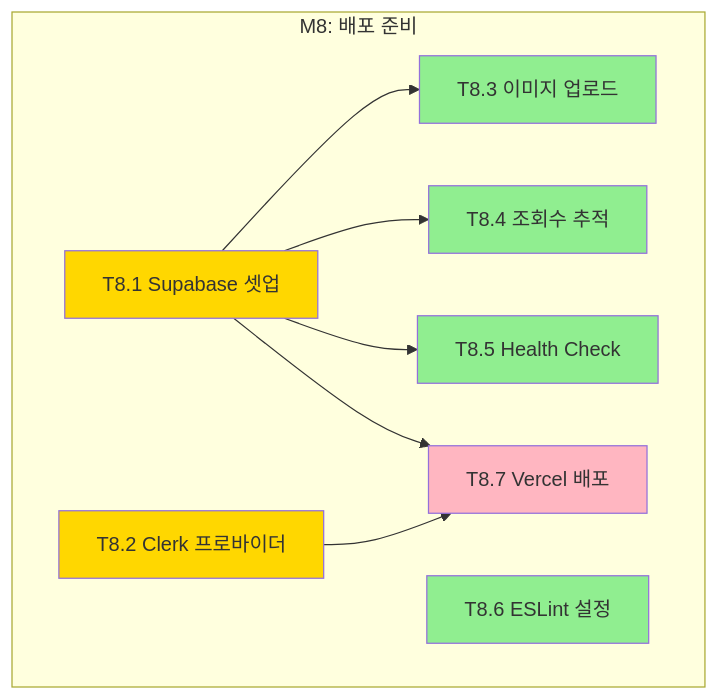
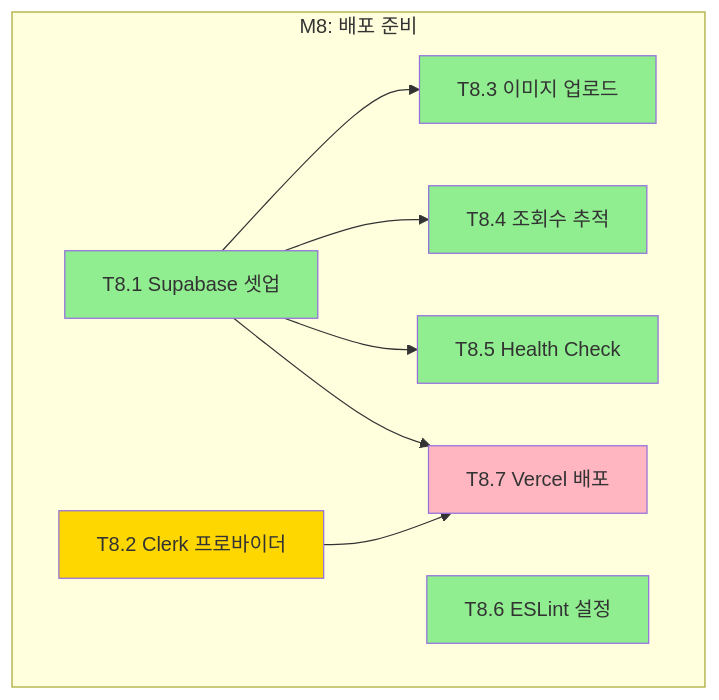
One commit to tjwns3481/stay-guide changed the second of 2 diagrams in docs/planning/06-tasks.md. Above: the diagram before and after it, drawn with Mermaid. The commit also changed other lines of this file, not shown here.

````diff
--- a/docs/planning/06-tasks.md
+++ b/docs/planning/06-tasks.md
@@ -1160,26 +1161,26 @@
 ```mermaid
 flowchart TD
     subgraph M8[M8: 배포 준비]
         T8.1[T8.1 Supabase 셋업]
         T8.2[T8.2 Clerk 프로바이더]
         T8.3[T8.3 이미지 업로드]
         T8.4[T8.4 조회수 추적]
         T8.5[T8.5 Health Check]
         T8.6[T8.6 ESLint 설정]
         T8.7[T8.7 Vercel 배포]
     end
 
     T8.1 --> T8.3
     T8.1 --> T8.4
     T8.1 --> T8.5
     T8.1 --> T8.7
     T8.2 --> T8.7
 
-    style T8.1 fill:#FFD700
+    style T8.1 fill:#90EE90
     style T8.2 fill:#FFD700
     style T8.3 fill:#90EE90
     style T8.4 fill:#90EE90
     style T8.5 fill:#90EE90
     style T8.6 fill:#90EE90
     style T8.7 fill:#FFB6C1
 ```
````
